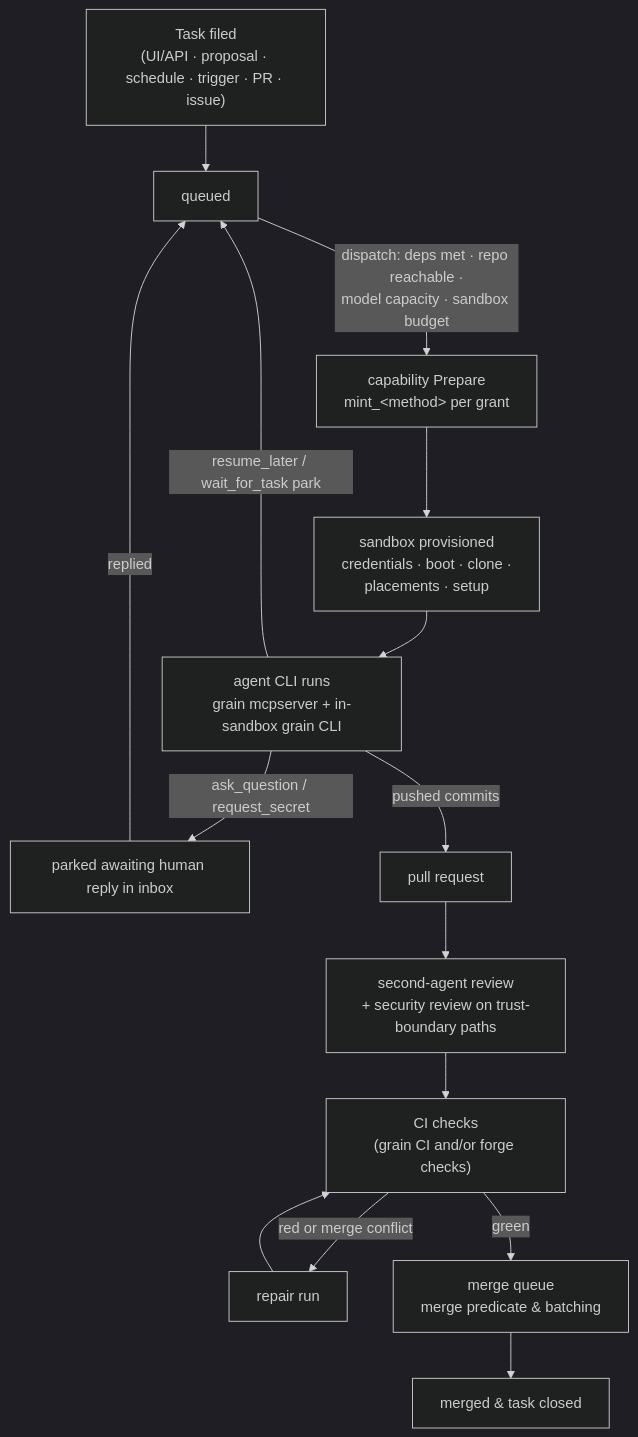
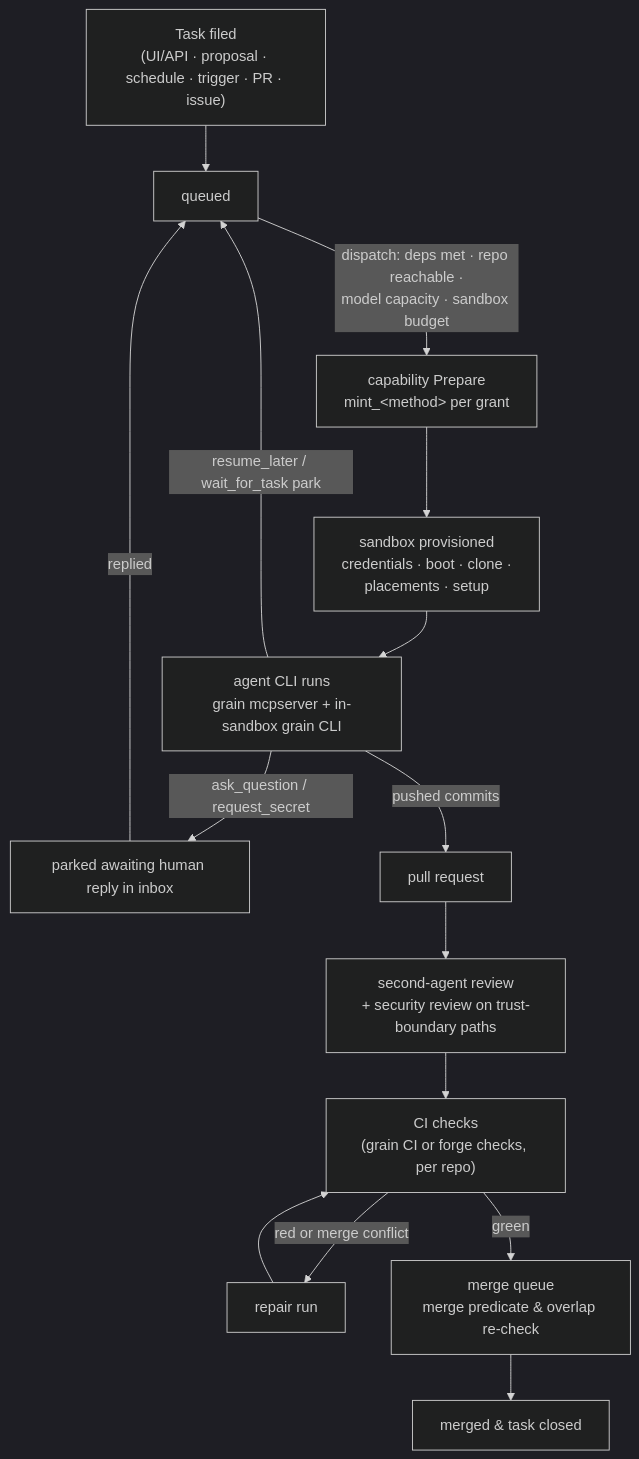
The third of 3 diagrams in design/design/architecture.design.md (ai-on-gke/grain), drawn with Mermaid (dark theme) before and after one commit. The commit also changed other lines of this file, not shown here.

````diff
--- a/design/design/architecture.design.md
+++ b/design/design/architecture.design.md
@@ -262,16 +264,16 @@
 ```mermaid
 flowchart TD
   F["Task filed<br/>(UI/API · proposal · schedule · trigger · PR · issue)"] --> Q[queued]
   Q -->|"dispatch: deps met · repo reachable ·<br/>model capacity · sandbox budget"| P["capability Prepare<br/>mint_&lt;method&gt; per grant"]
   P --> B["sandbox provisioned<br/>credentials · boot · clone ·<br/>placements · setup"]
   B --> R["agent CLI runs<br/>grain mcpserver + in-sandbox grain CLI"]
   R -->|"ask_question / request_secret"| IN["parked awaiting human reply in inbox"]
   IN -->|"replied"| Q
   R -->|"resume_later / wait_for_task park"| Q
   R -->|"pushed commits"| PR[pull request]
   PR --> RV["second-agent review<br/>+ security review on trust-boundary paths"]
-  RV --> CI["CI checks<br/>(grain CI and/or forge checks)"]
+  RV --> CI["CI checks<br/>(grain CI or forge checks, per repo)"]
   CI -->|red or merge conflict| RP[repair run] --> CI
-  CI -->|green| MQ["merge queue<br/>merge predicate & batching"]
+  CI -->|green| MQ["merge queue<br/>merge predicate & overlap re-check"]
   MQ --> M["merged & task closed"]
 ```
````
